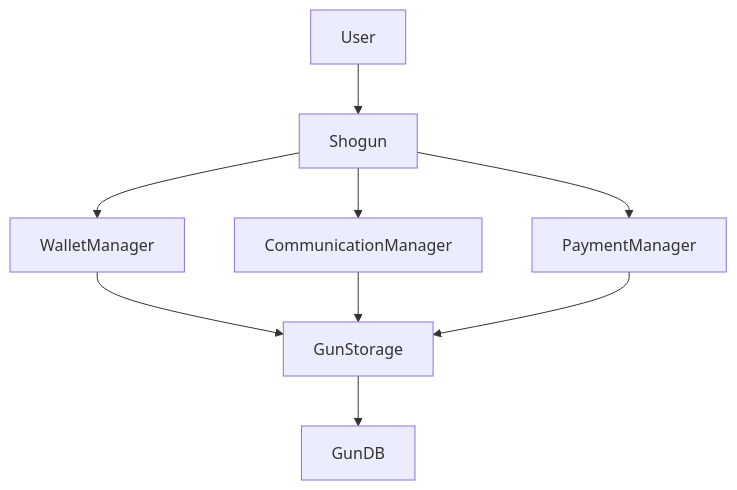
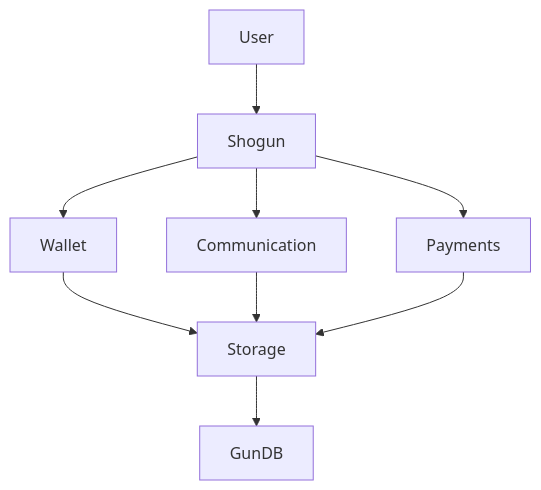
One commit to scobru/shogun changed the diagram in README.md. Above: the diagram before and after it, drawn with Mermaid. The commit also changed other lines of this file and 4 other files, not shown here.

````diff
--- a/README.md
+++ b/README.md
@@ -266,11 +259,11 @@
 ```mermaid
 graph TD
     A[User] --> B[Shogun]
-    B --> C[WalletManager]
-    B --> D[CommunicationManager]
-    B --> E[PaymentManager]
-    C --> F[GunStorage]
+    B --> C[Wallet]
+    B --> D[Communication]
+    B --> E[Payments]
+    C --> F[Storage]
     D --> F
     E --> F
     F --> G[GunDB]
 ```
````
